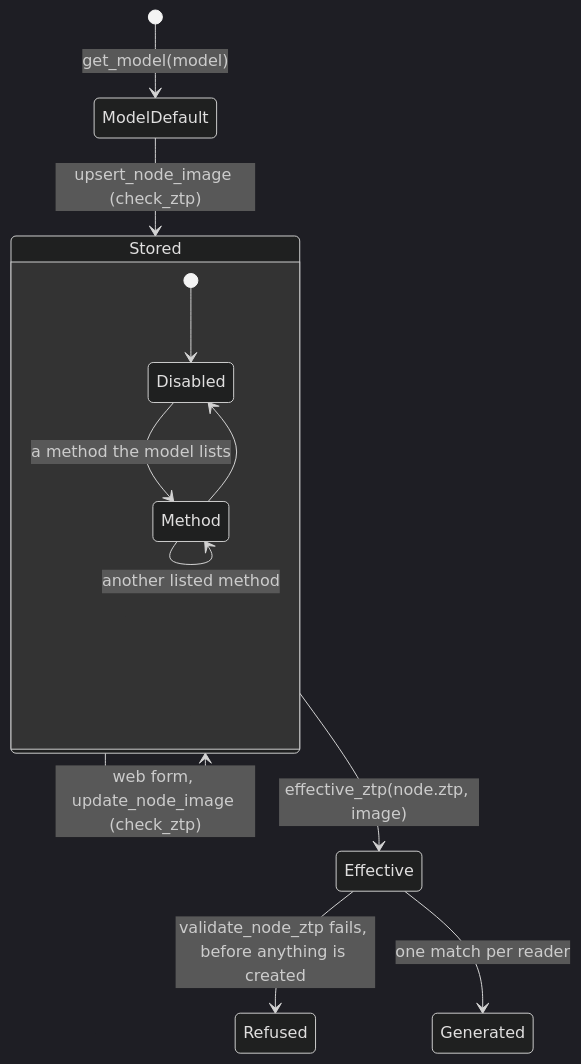
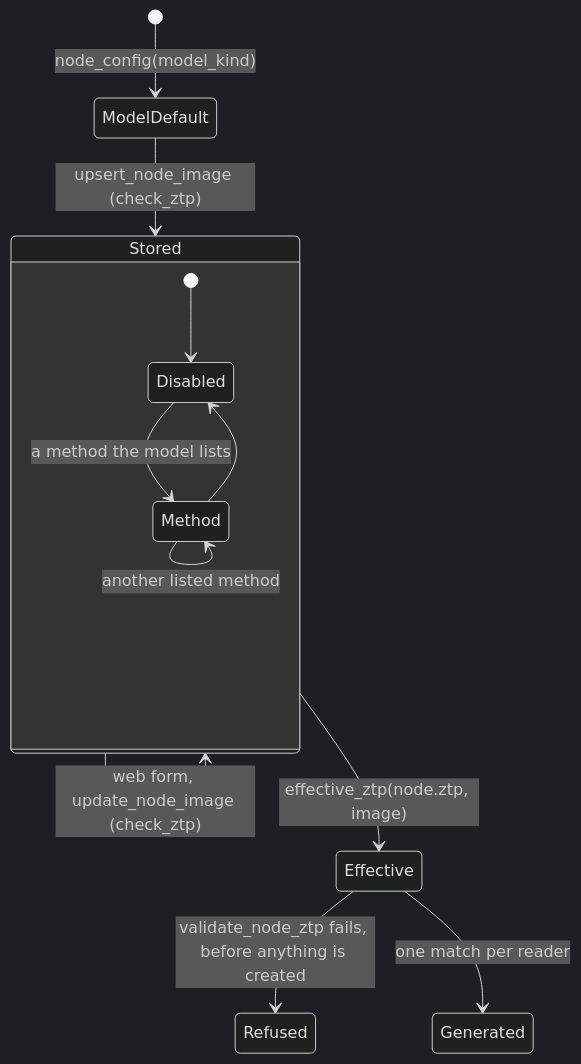
Before and after one commit to bwks/sherpa: diagram 22 of 23 in docs/architecture/STATE_MACHINES.md, drawn with Mermaid (dark theme). The commit also changed other lines of this file and 5 other files, not shown here.

First line of the commit message:
docs: node models take a kind, and ModelKind carries what depends on both [skip ci]

````diff
--- a/docs/architecture/STATE_MACHINES.md
+++ b/docs/architecture/STATE_MACHINES.md
@@ -1655,15 +1656,15 @@
 ```mermaid
 stateDiagram-v2
-    [*] --> ModelDefault : get_model(model)
+    [*] --> ModelDefault : node_config(model_kind)
     ModelDefault --> Stored : upsert_node_image (check_ztp)
     Stored --> Stored : web form, update_node_image (check_ztp)
     state Stored {
         [*] --> Disabled
         Disabled --> Method : a method the model lists
         Method --> Disabled
         Method --> Method : another listed method
     }
     Stored --> Effective : effective_ztp(node.ztp, image)
     Effective --> Refused : validate_node_ztp fails, before anything is created
     Effective --> Generated : one match per reader
 ```
````
